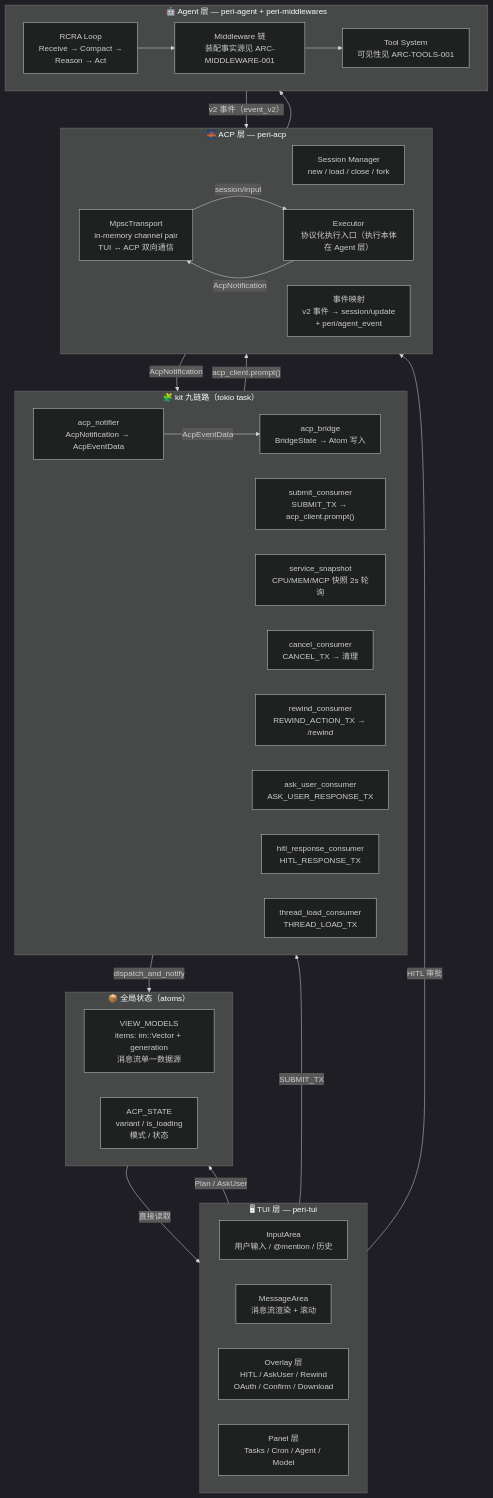
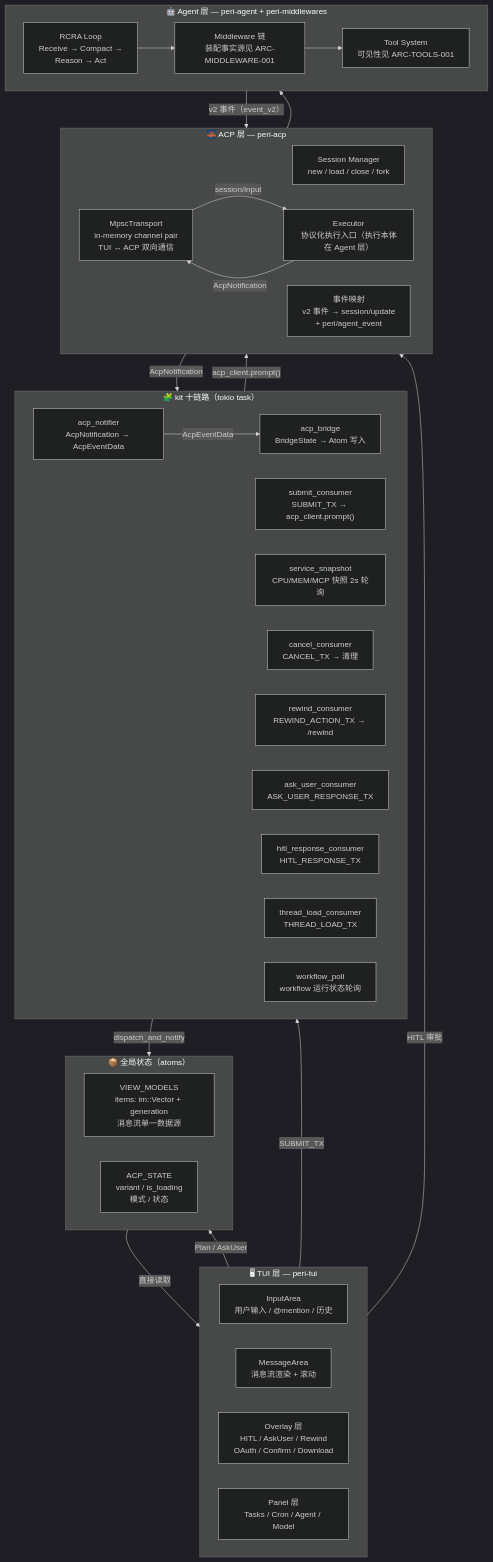
Before and after one commit to KonghaYao/peri: the first of 9 diagrams in docs/design/tui-acp-data-flow.md, drawn with Mermaid (dark theme). The commit also changed other lines of this file and 14 other files, not shown here.

````diff
--- a/docs/design/tui-acp-data-flow.md
+++ b/docs/design/tui-acp-data-flow.md
@@ -11,68 +11,69 @@
 ```mermaid
 graph TB
     subgraph TUI["🖥 TUI 层 — peri-tui"]
         direction LR
         INPUT["InputArea<br/>用户输入 / @mention / 历史"]
         MSG["MessageArea<br/>消息流渲染 + 滚动"]
         POPUP["Overlay 层<br/>HITL / AskUser / Rewind<br/>OAuth / Confirm / Download"]
         PANEL["Panel 层<br/>Tasks / Cron / Agent / Model"]
     end
 
-    subgraph KIT["🧩 kit 九链路（tokio task）"]
+    subgraph KIT["🧩 kit 十链路（tokio task）"]
         direction LR
         NOTIFIER["acp_notifier<br/>AcpNotification → AcpEventData"]
         BRIDGE["acp_bridge<br/>BridgeState → Atom 写入"]
         SUBMIT["submit_consumer<br/>SUBMIT_TX → acp_client.prompt()"]
         SNAPSHOT["service_snapshot<br/>CPU/MEM/MCP 快照 2s 轮询"]
         CANCEL["cancel_consumer<br/>CANCEL_TX → 清理"]
         REWIND["rewind_consumer<br/>REWIND_ACTION_TX → /rewind"]
         ASK_USER_C["ask_user_consumer<br/>ASK_USER_RESPONSE_TX"]
         HITL_C["hitl_response_consumer<br/>HITL_RESPONSE_TX"]
         THREAD_LOAD["thread_load_consumer<br/>THREAD_LOAD_TX"]
+        WORKFLOW_POLL["workflow_poll<br/>workflow 运行状态轮询"]
     end
 
     subgraph ATOM["📦 全局状态（atoms）"]
         direction LR
         VM["VIEW_MODELS<br/>items: im::Vector + generation<br/>消息流单一数据源"]
         AC["ACP_STATE<br/>variant / is_loading<br/>模式 / 状态"]
     end
 
     subgraph ACP["🌉 ACP 层 — peri-acp"]
         direction LR
         SESSION["Session Manager<br/>new / load / close / fork"]
         EXEC["Executor<br/>协议化执行入口（执行本体在 Agent 层）"]
         EVMAP["事件映射<br/>v2 事件 → session/update<br/>+ peri/agent_event"]
         TRANSPORT["MpscTransport<br/>in-memory channel pair<br/>TUI ↔ ACP 双向通信"]
     end
 
     subgraph AGENT["🤖 Agent 层 — peri-agent + peri-middlewares"]
         direction LR
         REACT["RCRA Loop<br/>Receive → Compact →<br/>Reason → Act"]
         MW["Middleware 链<br/>装配事实源见 ARC-MIDDLEWARE-001"]
         TOOLS["Tool System<br/>可见性见 ARC-TOOLS-001"]
     end
 
     %% TUI → ACP (用户输入)
     INPUT -->|"SUBMIT_TX"| SUBMIT
     SUBMIT -->|"acp_client.prompt()"| TRANSPORT
     TRANSPORT -->|"session/input"| EXEC
 
     %% Agent 执行
     EXEC --> REACT
     REACT --> MW
     MW --> TOOLS
 
     %% Agent → ACP (事件产出)
     REACT -->|"v2 事件（event_v2）"| EVMAP
     EXEC -->|"AcpNotification"| TRANSPORT
 
     %% ACP → TUI (事件消费)
     TRANSPORT -->|"AcpNotification"| NOTIFIER
     NOTIFIER -->|"AcpEventData"| BRIDGE
     BRIDGE -->|"dispatch_and_notify"| VM
     VM -->|"直接读取"| MSG
 
     %% 交互路由
     POPUP -->|"HITL 审批"| TRANSPORT
     PANEL -->|"Plan / AskUser"| VM
 ```
````
